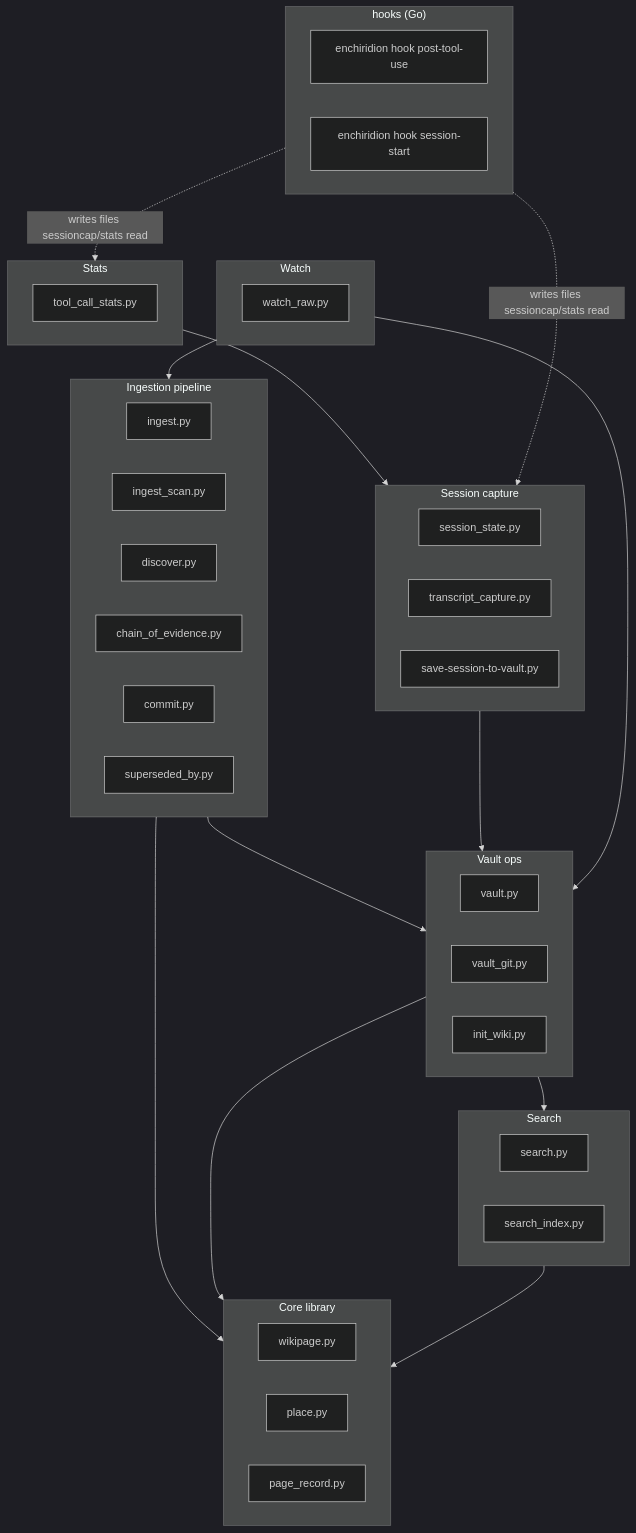
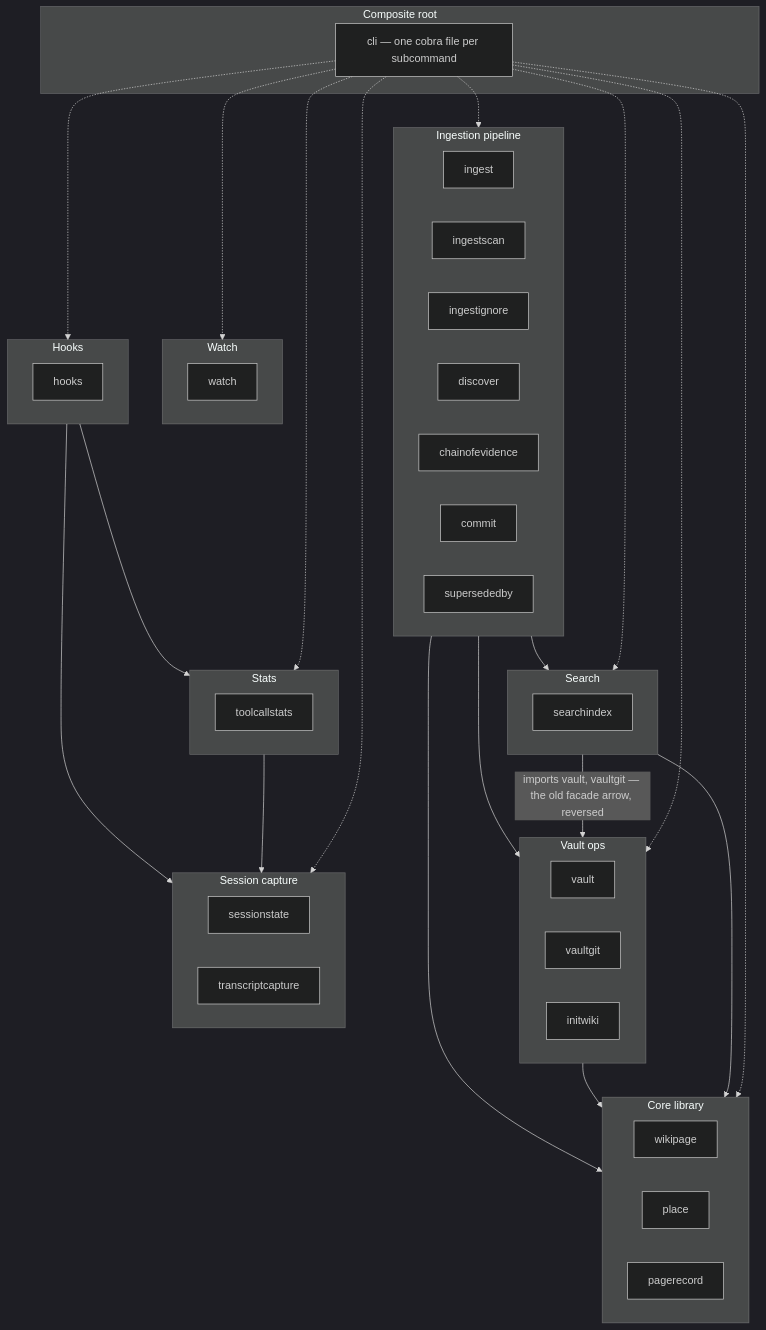
One commit to dhague/enchiridion changed the first of 9 diagrams in docs/architecture.md. Above: the diagram before and after it, drawn with Mermaid (dark theme). The commit also changed other lines of this file and 1 other file, not shown here.

Commit message:
Redraw docs/architecture.md natively for Go (#191)

````diff
--- a/docs/architecture.md
+++ b/docs/architecture.md
@@ -30,60 +22,68 @@
 ```mermaid
 flowchart TB
+    subgraph cli_root["Composite root"]
+        cli["cli — one cobra file per subcommand"]
+    end
+
     subgraph core["Core library"]
-        wikipage["wikipage.py"]
-        place["place.py"]
-        page_record["page_record.py"]
+        wikipage["wikipage"]
+        place["place"]
+        pagerecord["pagerecord"]
     end
 
     subgraph vaultops["Vault ops"]
-        vault["vault.py"]
-        vault_git["vault_git.py"]
-        init_wiki["init_wiki.py"]
+        vault["vault"]
+        vault_git["vaultgit"]
+        init_wiki["initwiki"]
     end
 
     subgraph search["Search"]
-        search_py["search.py"]
-        search_index["search_index.py"]
+        search_index["searchindex"]
     end
 
     subgraph ingestion["Ingestion pipeline"]
-        ingest["ingest.py"]
-        ingest_scan["ingest_scan.py"]
-        discover["discover.py"]
-        chain_of_evidence["chain_of_evidence.py"]
-        commit["commit.py"]
-        superseded_by["superseded_by.py"]
+        ingest["ingest"]
+        ingest_scan["ingestscan"]
+        ingest_ignore["ingestignore"]
+        discover["discover"]
+        chain_of_evidence["chainofevidence"]
+        commit["commit"]
+        superseded_by["supersededby"]
     end
 
     subgraph sessioncap["Session capture"]
-        session_state["session_state.py"]
-        transcript_capture["transcript_capture.py"]
-        save_session["save-session-to-vault.py"]
+        session_state["sessionstate"]
+        transcript_capture["transcriptcapture"]
     end
 
     subgraph watch["Watch"]
-        watch_raw["watch_raw.py"]
+        watch_pkg["watch"]
     end
 
     subgraph stats["Stats"]
-        tool_call_stats["tool_call_stats.py"]
+        tool_call_stats["toolcallstats"]
     end
 
-    subgraph hooks["hooks (Go)"]
-        log_tool_calls["enchiridion hook post-tool-use"]
-        store_transcript_path["enchiridion hook session-start"]
+    subgraph hooks["Hooks"]
+        hooks_pkg["hooks"]
     end
 
     ingestion --> core
     ingestion --> vaultops
     vaultops --> core
-    vaultops --> search
+    search -->|imports vault, vaultgit — the old facade arrow, reversed| vaultops
     search --> core
-    sessioncap --> vaultops
-    watch --> ingestion
-    watch --> vaultops
+    ingestion --> search
+    hooks --> sessioncap
+    hooks --> stats
     stats --> sessioncap
 
-    hooks -.->|writes files sessioncap/stats read| sessioncap
-    hooks -.->|writes files sessioncap/stats read| stats
+    cli -.-> core
+    cli -.-> vaultops
+    cli -.-> search
+    cli -.-> ingestion
+    cli -.-> sessioncap
+    cli -.-> watch
+    cli -.-> stats
+    cli -.-> hooks
 ```
````
